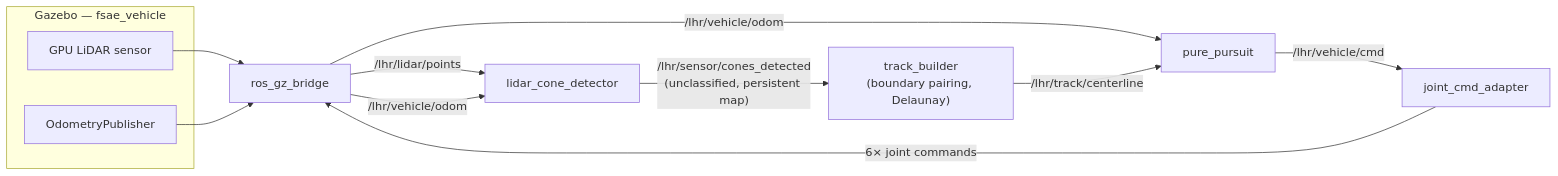
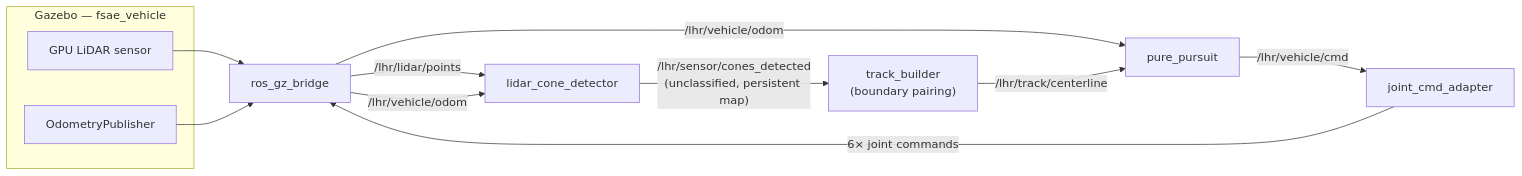
The fourth of 8 diagrams in autonomy/ros2/README.md (LonghornRacingElectric/lhre), drawn with Mermaid before and after one commit. The commit also changed other lines of this file and 43 other files, not shown here.

````diff
--- a/autonomy/ros2/README.md
+++ b/autonomy/ros2/README.md
@@ -75,16 +101,16 @@
 ```mermaid
 flowchart LR
     subgraph gz["Gazebo — fsae_vehicle"]
         lidar["GPU LiDAR sensor"]
         odo["OdometryPublisher"]
     end
     lidar --> bridge["ros_gz_bridge"]
     odo --> bridge
     bridge -- "/lhr/lidar/points" --> detector["lidar_cone_detector"]
     bridge -- "/lhr/vehicle/odom" --> detector
     bridge -- "/lhr/vehicle/odom" --> pursuit
-    detector -- "/lhr/sensor/cones_detected<br>(unclassified, persistent map)" --> builder["track_builder<br>(boundary pairing, Delaunay)"]
+    detector -- "/lhr/sensor/cones_detected<br>(unclassified, persistent map)" --> builder["track_builder<br>(boundary pairing)"]
     builder -- "/lhr/track/centerline" --> pursuit["pure_pursuit"]
     pursuit -- "/lhr/vehicle/cmd" --> adapter["joint_cmd_adapter"]
     adapter -- "6× joint commands" --> bridge
 ```
````
